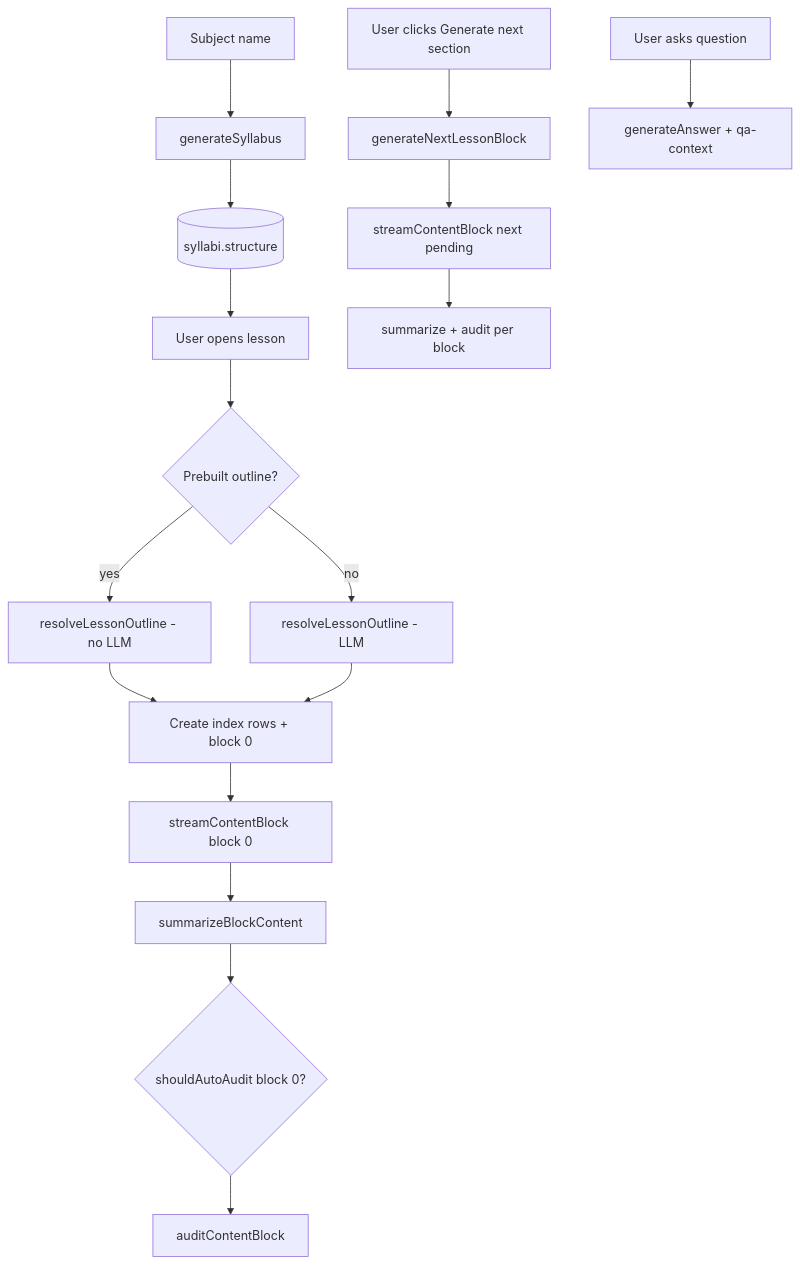
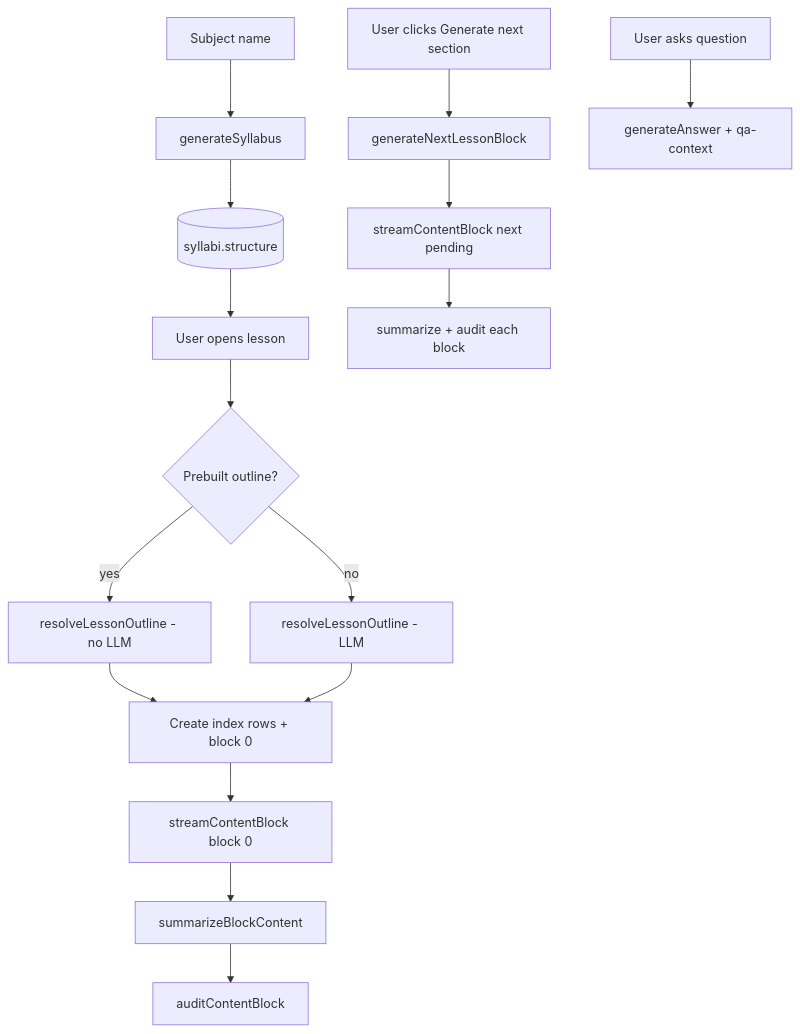
One commit to sanchezd90/personal-tutor changed the second of 2 diagrams in docs/AI_BEHAVIOR_AND_FEATURES.md. Above: the diagram before and after it, drawn with Mermaid. The commit also changed other lines of this file and 2 other files, not shown here.

Commit message:
feat: all block are audited

````diff
--- a/docs/AI_BEHAVIOR_AND_FEATURES.md
+++ b/docs/AI_BEHAVIOR_AND_FEATURES.md
@@ -266,22 +265,21 @@
 ```mermaid
 flowchart TD
     A[Subject name] --> B[generateSyllabus]
     B --> S[(syllabi.structure)]
 
     S --> C[User opens lesson]
     C --> D{Prebuilt outline?}
     D -->|yes| E[resolveLessonOutline - no LLM]
     D -->|no| F[resolveLessonOutline - LLM]
     E --> G[Create index rows + block 0]
     F --> G
     G --> H[streamContentBlock block 0]
     H --> I[summarizeBlockContent]
-    I --> J{shouldAutoAudit block 0?}
-    J --> K[auditContentBlock]
+    I --> J[auditContentBlock]
 
     L[User clicks Generate next section] --> M[generateNextLessonBlock]
     M --> N[streamContentBlock next pending]
-    N --> O[summarize + audit per block]
+    N --> O[summarize + audit each block]
 
     P[User asks question] --> Q[generateAnswer + qa-context]
 ```
````
